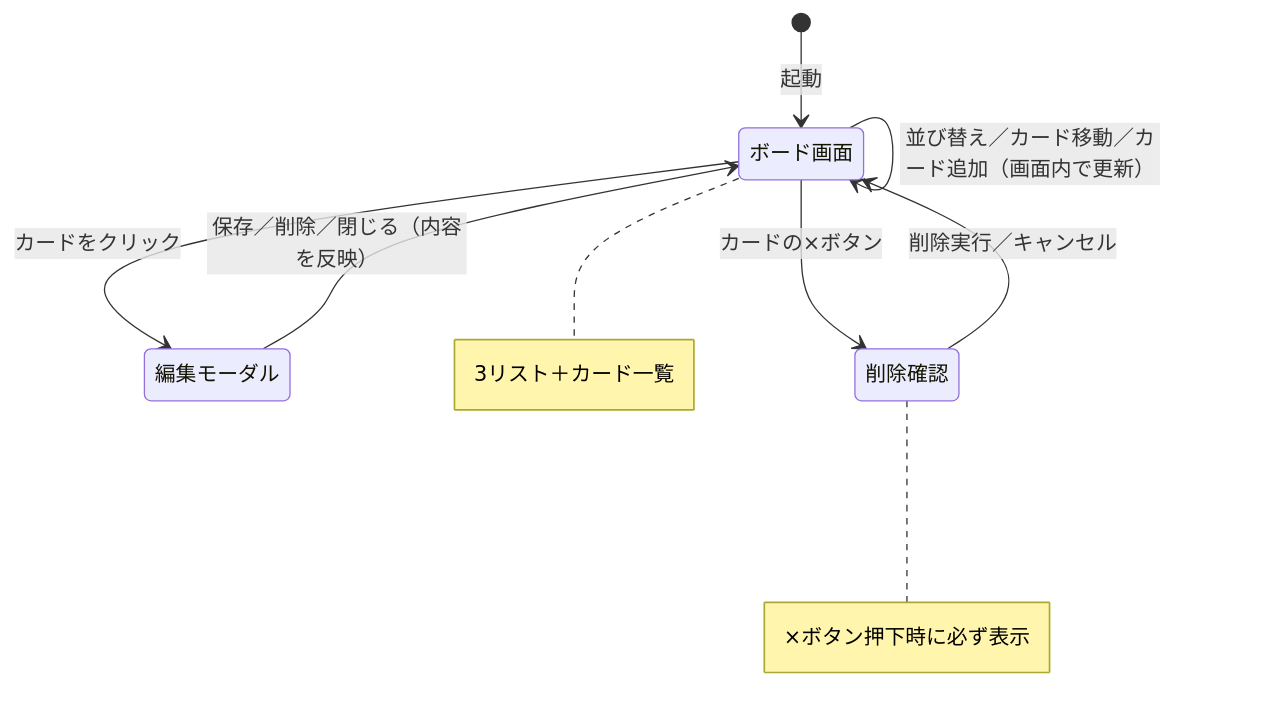
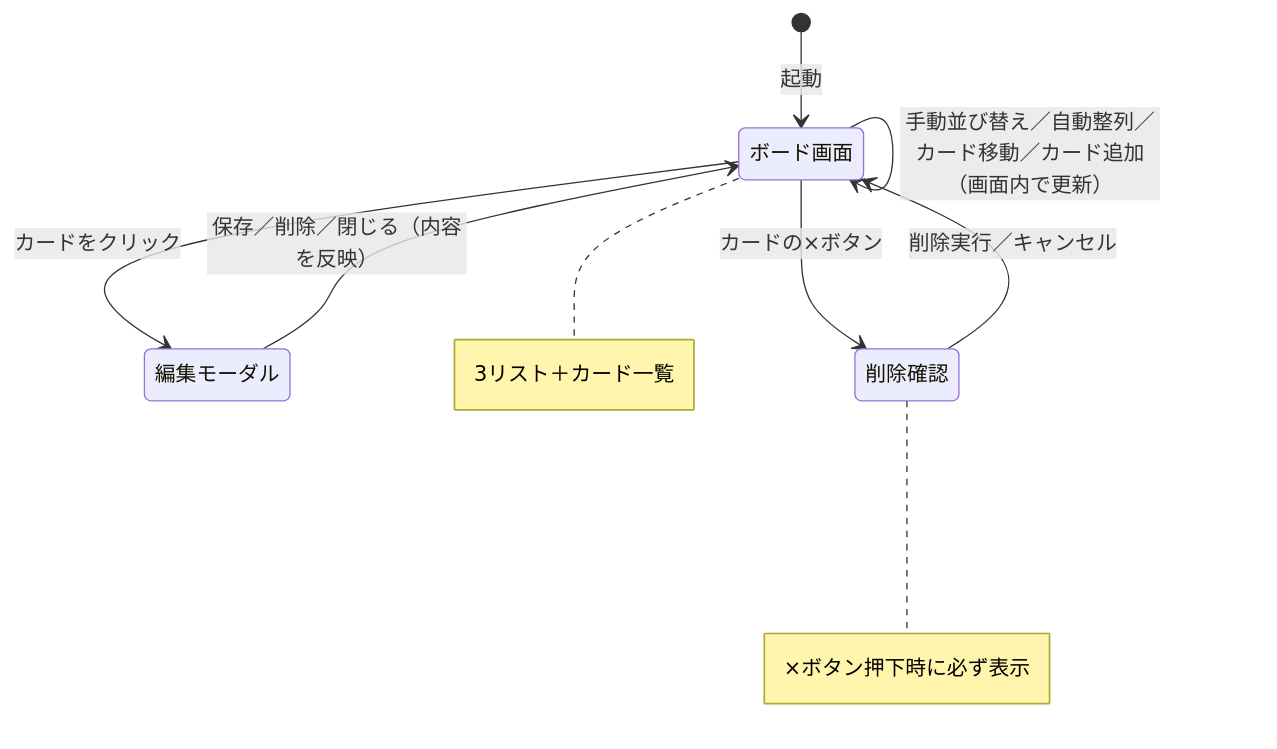
Before and after one commit to AkitoOtsuka/TaskManagement: the diagram in docs/screen-design.md, drawn with Mermaid. The commit also changed other lines of this file and 4 other files, not shown here.

````diff
--- a/docs/screen-design.md
+++ b/docs/screen-design.md
@@ -45,18 +45,18 @@
 ```mermaid
 stateDiagram-v2
     [*] --> ボード画面: 起動
 
-    ボード画面 --> ボード画面: 並び替え／カード移動／カード追加（画面内で更新）
+    ボード画面 --> ボード画面: 手動並び替え／自動整列／カード移動／カード追加（画面内で更新）
     ボード画面 --> 編集モーダル: カードをクリック
     ボード画面 --> 削除確認: カードの×ボタン
 
     編集モーダル --> ボード画面: 保存／削除／閉じる（内容を反映）
     削除確認 --> ボード画面: 削除実行／キャンセル
 
     note right of ボード画面
         3リスト＋カード一覧
     end note
     note right of 削除確認
         ×ボタン押下時に必ず表示
     end note
 ```
````
